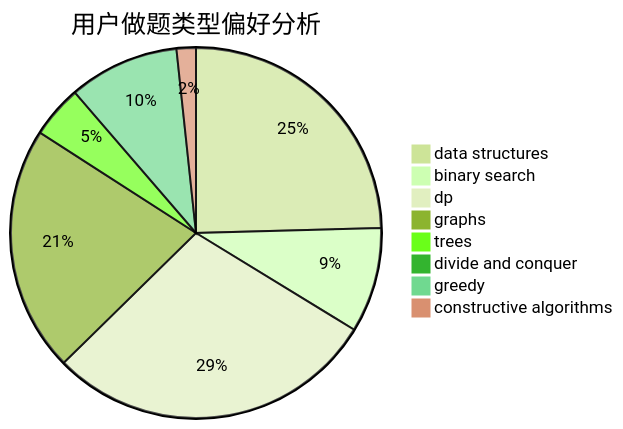
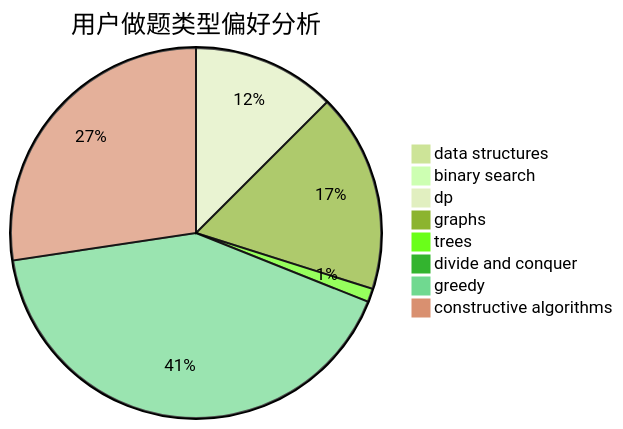
One commit to sherpahu/cfrs.github.io changed the second of 3 diagrams in docs/user/u838.md. Above: the diagram before and after it, drawn with Mermaid (forest theme). The commit also changed other lines of this file and 2770 other files, not shown here.

````diff
--- a/docs/user/u838.md
+++ b/docs/user/u838.md
@@ -23,11 +23,11 @@
 ```mermaid
 pie title 用户做题类型偏好分析
-    "data structures" :  102
-    "binary search" :  38
-    "dp" :  120
-    "graphs" :  89
-    "trees" :  19
+    "data structures" :  12
+    "binary search" :  3
+    "dp" :  170
+    "graphs" :  236
+    "trees" :  16
     "divide and conquer" :  0
-    "greedy" :  40
-    "constructive algorithms" :  7
+    "greedy" :  565
+    "constructive algorithms" :  372
 ```
````
